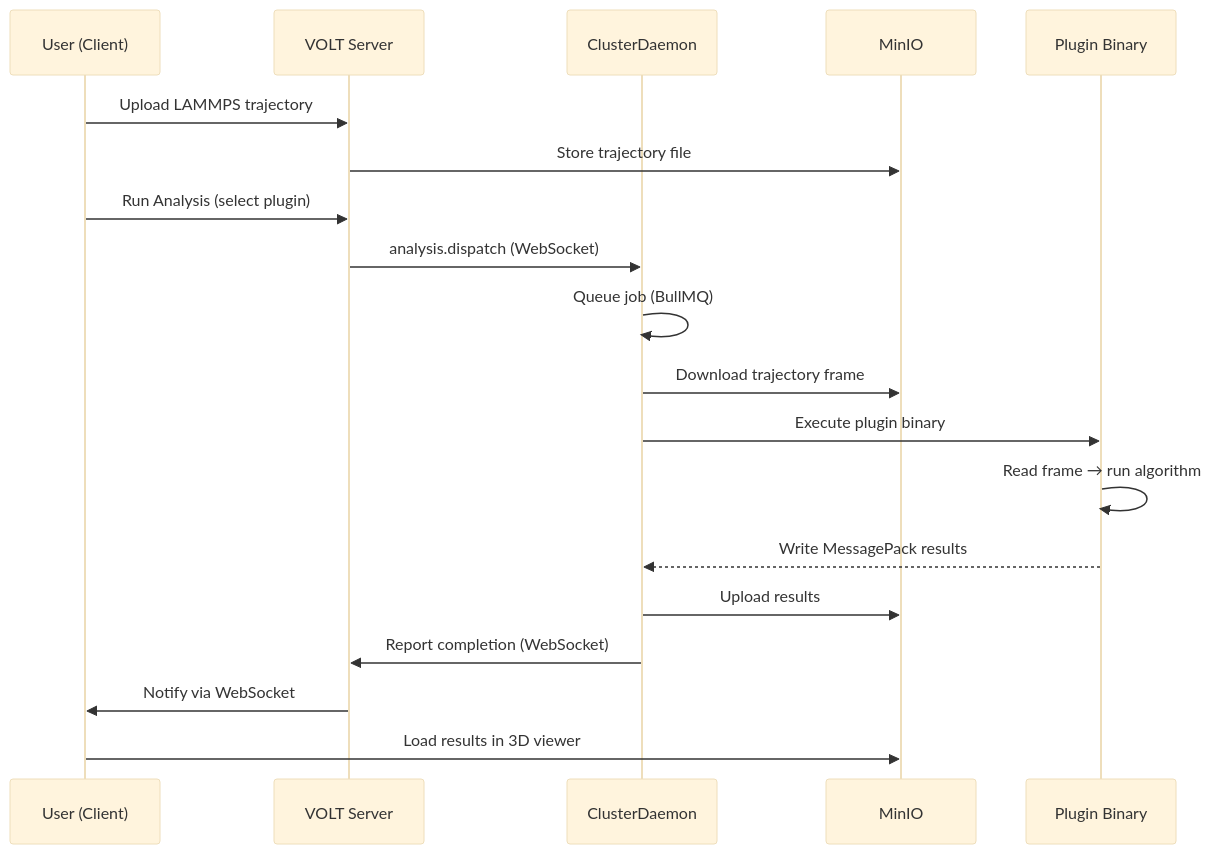
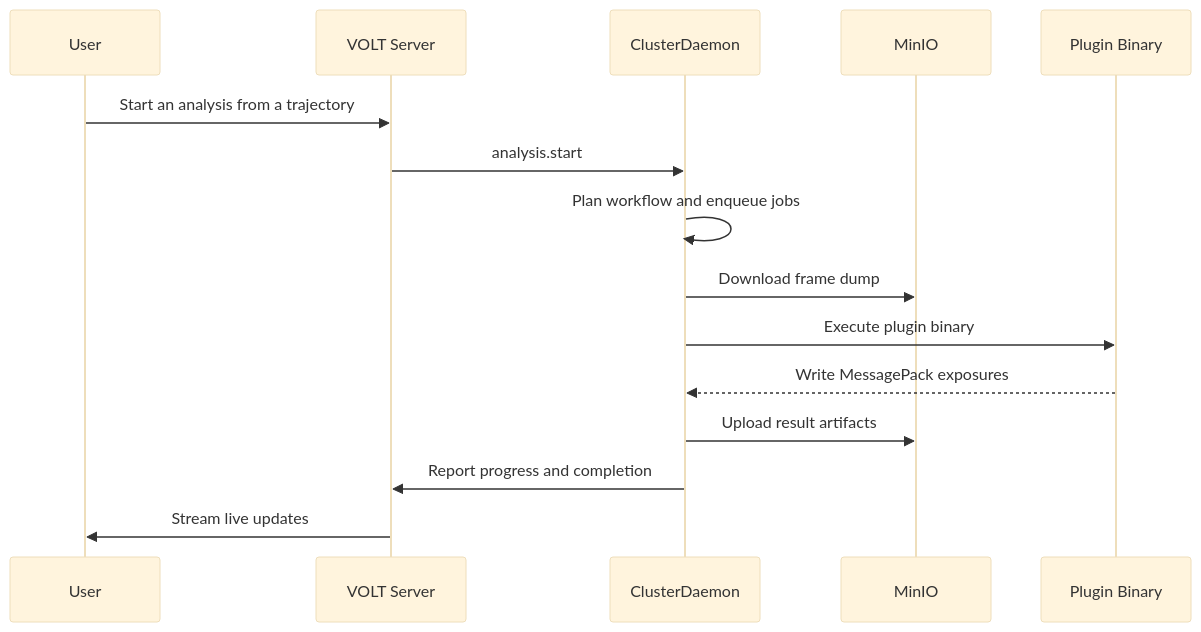
One commit to VoltLabs-Research/docs.voltcloud.dev changed the second of 2 diagrams in content/docs/architecture.mdx. Above: the diagram before and after it, drawn with Mermaid (base theme). The commit also changed other lines of this file and 70 other files, not shown here.

````diff
--- a/content/docs/architecture.mdx
+++ b/content/docs/architecture.mdx
@@ -62,22 +94,18 @@
 ```mermaid
 sequenceDiagram
-    participant U as User (Client)
+    participant U as User
     participant S as VOLT Server
     participant D as ClusterDaemon
     participant M as MinIO
     participant P as Plugin Binary
 
-    U->>S: Upload LAMMPS trajectory
-    S->>M: Store trajectory file
-    U->>S: Run Analysis (select plugin)
-    S->>D: analysis.dispatch (WebSocket)
-    D->>D: Queue job (BullMQ)
-    D->>M: Download trajectory frame
+    U->>S: Start an analysis from a trajectory
+    S->>D: analysis.start
+    D->>D: Plan workflow and enqueue jobs
+    D->>M: Download frame dump
     D->>P: Execute plugin binary
-    P->>P: Read frame → run algorithm
-    P-->>D: Write MessagePack results
-    D->>M: Upload results
-    D->>S: Report completion (WebSocket)
-    S->>U: Notify via WebSocket
-    U->>M: Load results in 3D viewer
+    P-->>D: Write MessagePack exposures
+    D->>M: Upload result artifacts
+    D->>S: Report progress and completion
+    S->>U: Stream live updates
 ```
````
